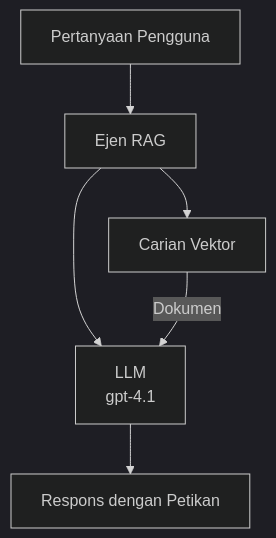
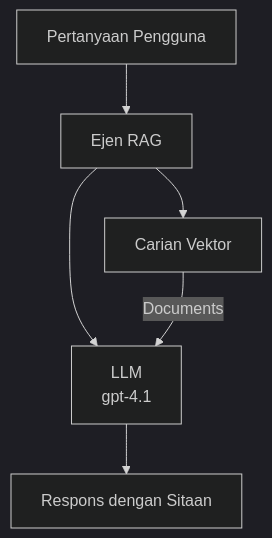
One commit to microsoft/AZD-for-beginners changed the second of 3 diagrams in translations/ms/docs/chapter-02-ai-development/agents.md. Above: the diagram before and after it, drawn with Mermaid (dark theme). The commit also changed other lines of this file and 58 other files, not shown here.

````diff
--- a/translations/ms/docs/chapter-02-ai-development/agents.md
+++ b/translations/ms/docs/chapter-02-ai-development/agents.md
@@ -181,8 +181,8 @@
 ```mermaid
 graph TD
     Query[Pertanyaan Pengguna] --> RAG[Ejen RAG]
     RAG --> Vector[Carian Vektor]
     RAG --> LLM[LLM<br/>gpt-4.1]
-    Vector -- Dokumen --> LLM
-    LLM --> Response[Respons dengan Petikan]
+    Vector -- Documents --> LLM
+    LLM --> Response[Respons dengan Sitaan]
 ```
````
